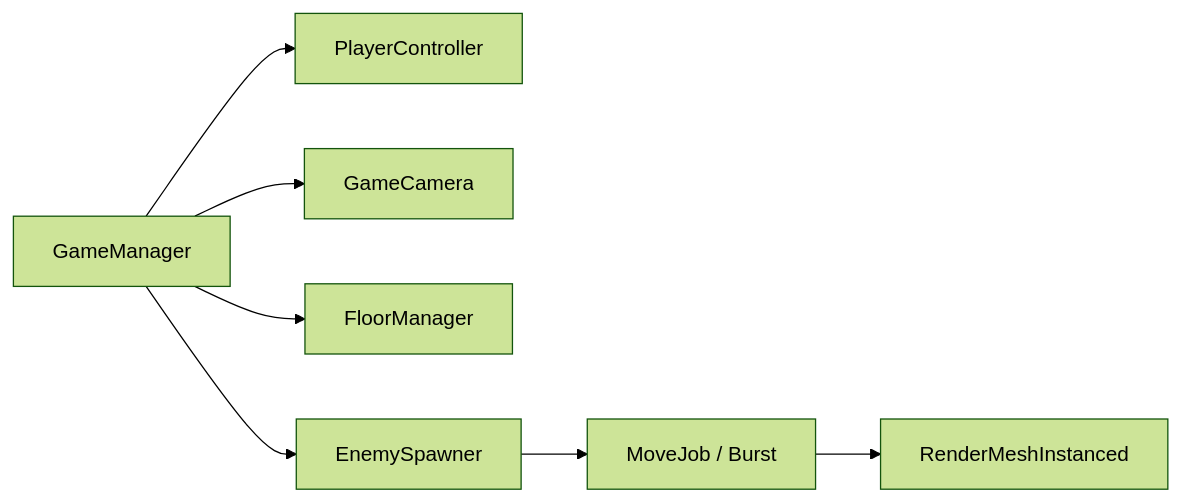
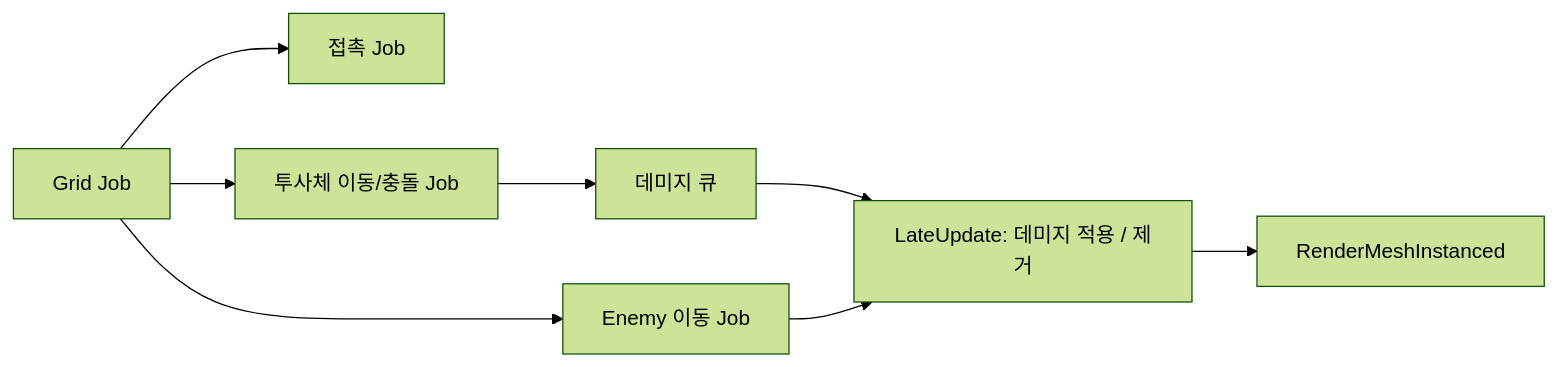
One commit to lolisia/portfolio-01 changed the diagram in README.md. Above: the diagram before and after it, drawn with Mermaid (forest theme). The commit also changed other lines of this file and 57 other files, not shown here.

````diff
--- a/README.md
+++ b/README.md
@@ -32,8 +49,10 @@
 ```mermaid
 flowchart LR
-    GM[GameManager] --> P[PlayerController]
-    GM --> C[GameCamera]
-    GM --> F[FloorManager]
-    GM --> E[EnemySpawner]
-    E --> J[MoveJob / Burst] --> R[RenderMeshInstanced]
+    G[Grid Job] --> M[Enemy 이동 Job]
+    G --> C[접촉 Job]
+    G --> P[투사체 이동/충돌 Job]
+    P --> Q[데미지 큐]
+    Q --> D[LateUpdate: 데미지 적용 / 제거]
+    M --> D
+    D --> R[RenderMeshInstanced]
 ```
````
